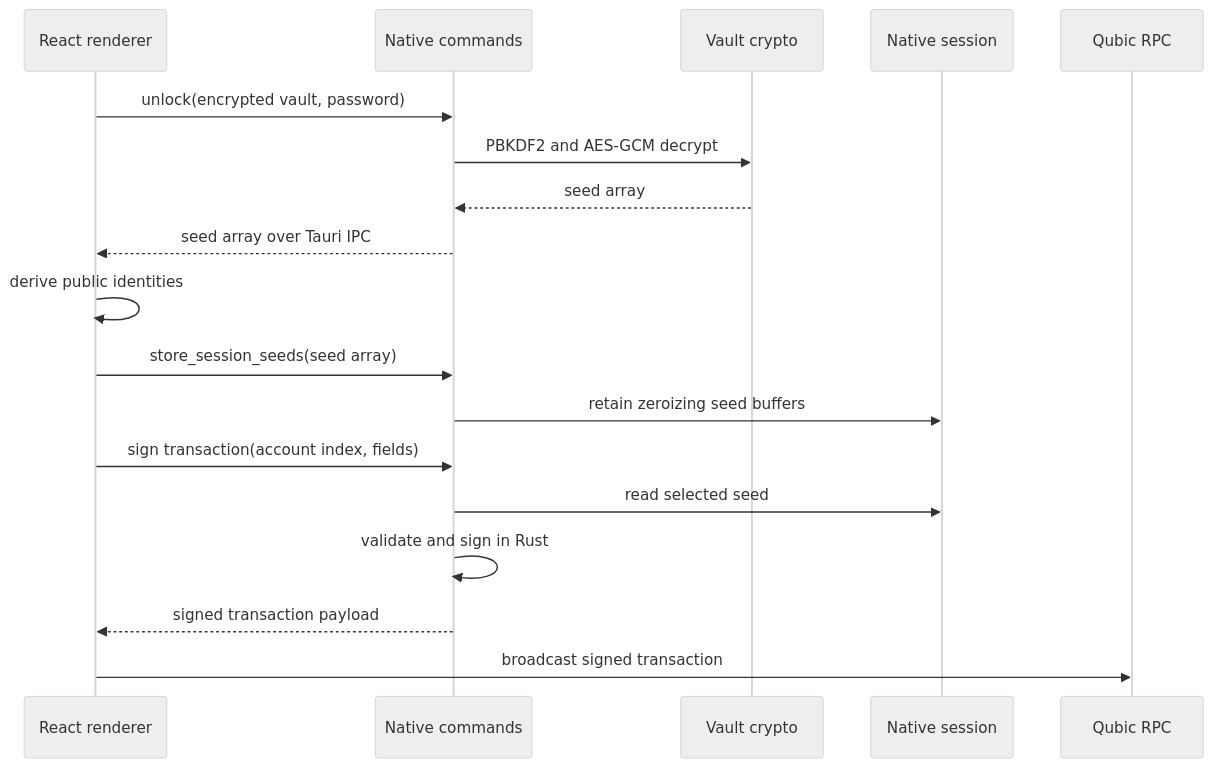
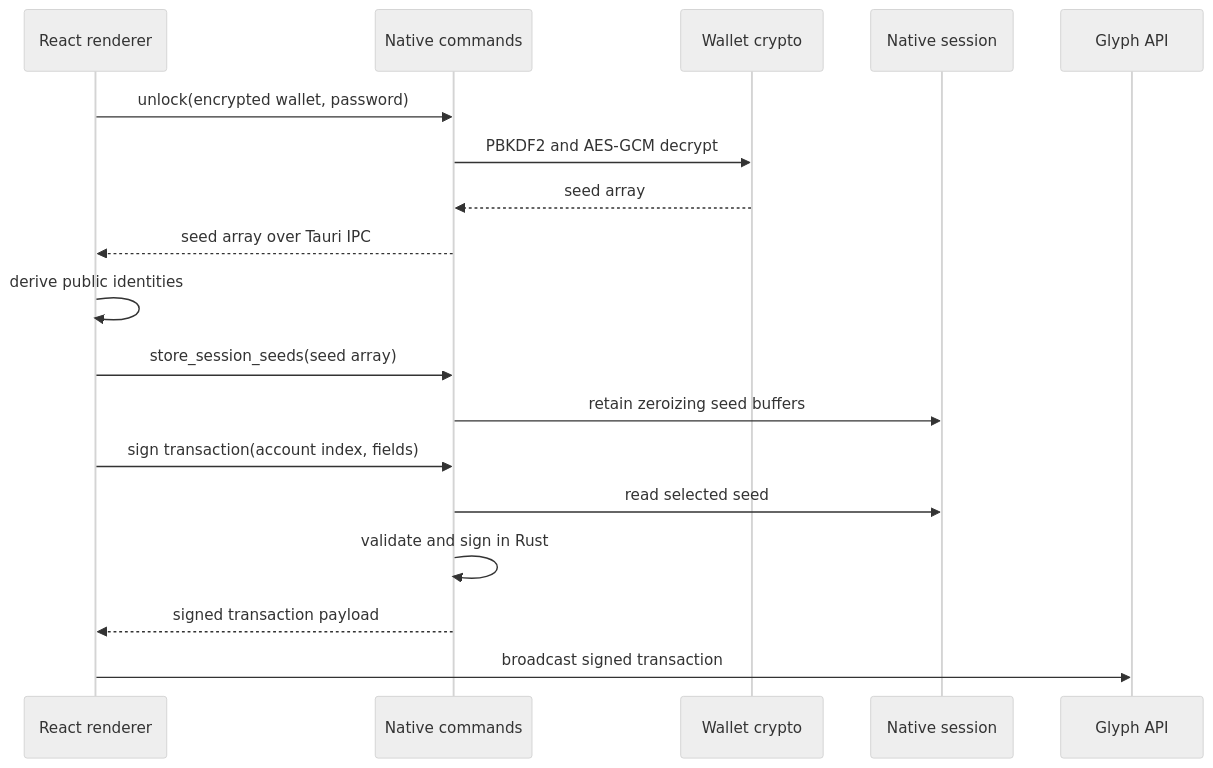
The second of 2 diagrams in docs/ARCHITECTURE.md (glyphq/wallet), drawn with Mermaid (neutral theme) before and after one commit. The commit also changed other lines of this file and 473 other files, not shown here.

````diff
--- a/docs/ARCHITECTURE.md
+++ b/docs/ARCHITECTURE.md
@@ -267,21 +269,21 @@
 ```mermaid
 sequenceDiagram
     participant UI as React renderer
     participant Cmd as Native commands
-    participant Vault as Vault crypto
+    participant Wallet as Wallet crypto
     participant Session as Native session
-    participant RPC as Qubic RPC
+    participant API as Glyph API
 
-    UI->>Cmd: unlock(encrypted vault, password)
-    Cmd->>Vault: PBKDF2 and AES-GCM decrypt
-    Vault-->>Cmd: seed array
+    UI->>Cmd: unlock(encrypted wallet, password)
+    Cmd->>Wallet: PBKDF2 and AES-GCM decrypt
+    Wallet-->>Cmd: seed array
     Cmd-->>UI: seed array over Tauri IPC
     UI->>UI: derive public identities
     UI->>Cmd: store_session_seeds(seed array)
     Cmd->>Session: retain zeroizing seed buffers
     UI->>Cmd: sign transaction(account index, fields)
     Cmd->>Session: read selected seed
     Cmd->>Cmd: validate and sign in Rust
     Cmd-->>UI: signed transaction payload
-    UI->>RPC: broadcast signed transaction
+    UI->>API: broadcast signed transaction
 ```
````
